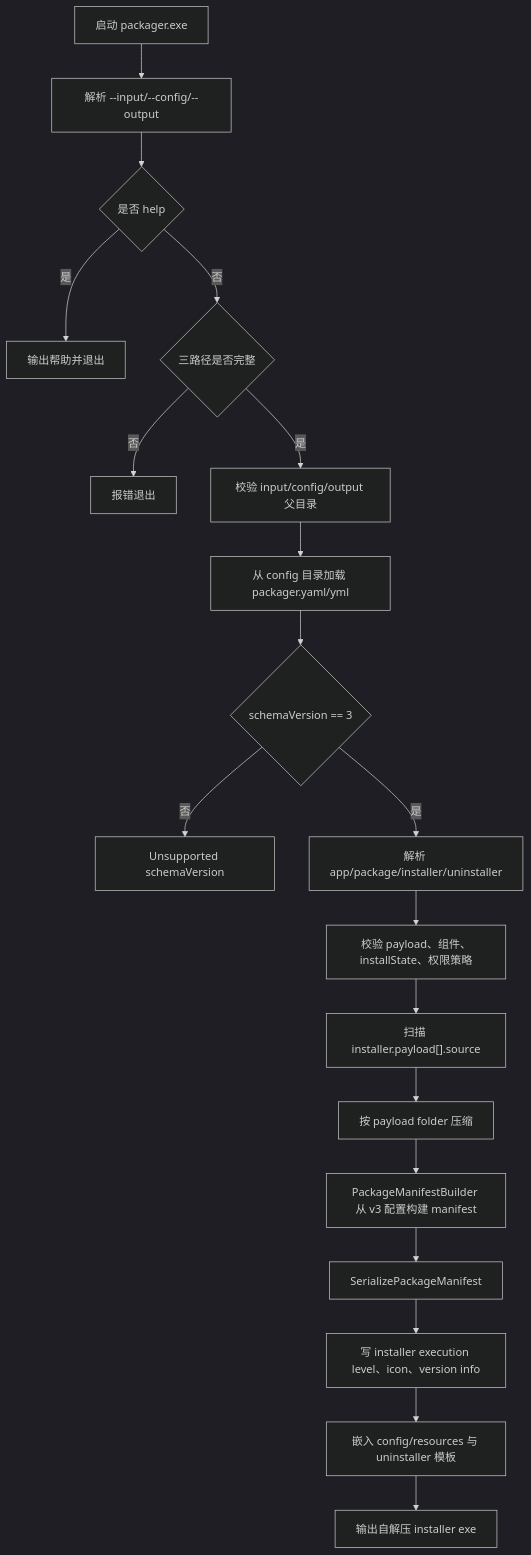
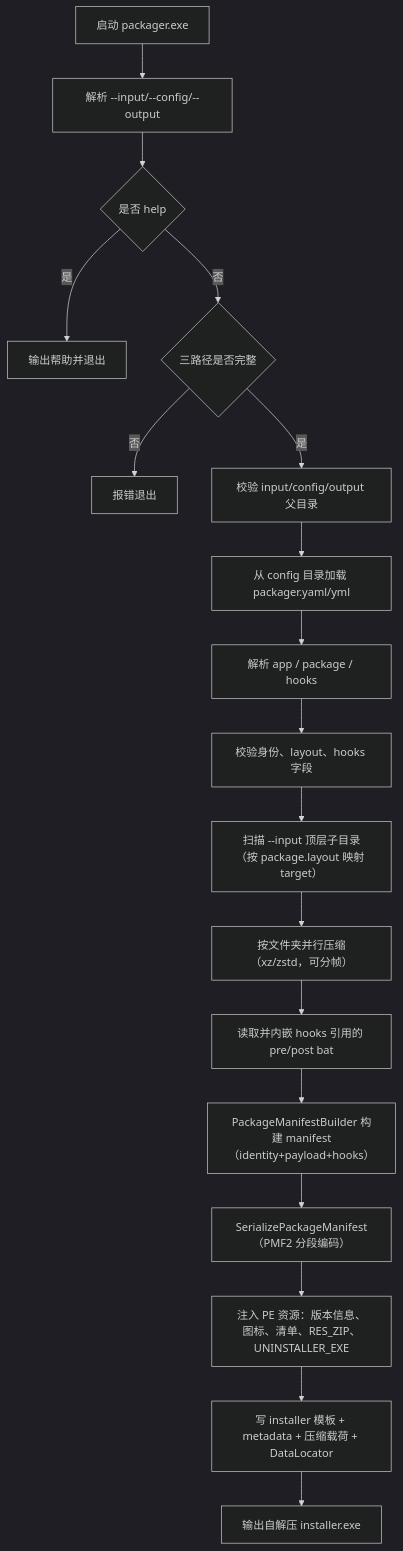
Before and after one commit to lu020218/Multi-Threaded_Installer: the first of 6 diagrams in docs/打包器流程图.md, drawn with Mermaid (dark theme). The commit also changed other lines of this file and 78 other files, not shown here.

````diff
--- a/docs/打包器流程图.md
+++ b/docs/打包器流程图.md
@@ -7,21 +9,20 @@
 ```mermaid
 flowchart TD
     A["启动 packager.exe"] --> B["解析 --input/--config/--output"]
     B --> C{"是否 help"}
     C -->|是| C1["输出帮助并退出"]
     C -->|否| D{"三路径是否完整"}
     D -->|否| D1["报错退出"]
     D -->|是| E["校验 input/config/output 父目录"]
     E --> F["从 config 目录加载 packager.yaml/yml"]
-    F --> G{"schemaVersion == 3"}
-    G -->|否| G1["Unsupported schemaVersion"]
-    G -->|是| H["解析 app/package/installer/uninstaller"]
-    H --> I["校验 payload、组件、installState、权限策略"]
-    I --> J["扫描 installer.payload[].source"]
-    J --> K["按 payload folder 压缩"]
-    K --> L["PackageManifestBuilder 从 v3 配置构建 manifest"]
-    L --> M["SerializePackageManifest"]
-    M --> N["写 installer execution level、icon、version info"]
-    N --> O["嵌入 config/resources 与 uninstaller 模板"]
-    O --> P["输出自解压 installer exe"]
+    F --> G["解析 app / package / hooks"]
+    G --> H["校验身份、layout、hooks 字段"]
+    H --> I["扫描 --input 顶层子目录（按 package.layout 映射 target）"]
+    I --> J["按文件夹并行压缩（xz/zstd，可分帧）"]
+    J --> K["读取并内嵌 hooks 引用的 pre/post bat"]
+    K --> L["PackageManifestBuilder 构建 manifest（identity+payload+hooks）"]
+    L --> M["SerializePackageManifest（PMF2 分段编码）"]
+    M --> N["注入 PE 资源：版本信息、图标、清单、RES_ZIP、UNINSTALLER_EXE"]
+    N --> O["写 installer 模板 + metadata + 压缩载荷 + DataLocator"]
+    O --> P["输出自解压 installer.exe"]
 ```
````
